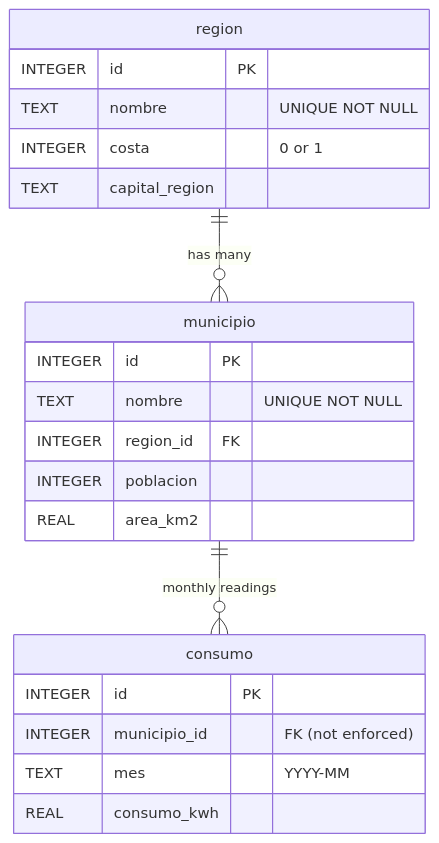
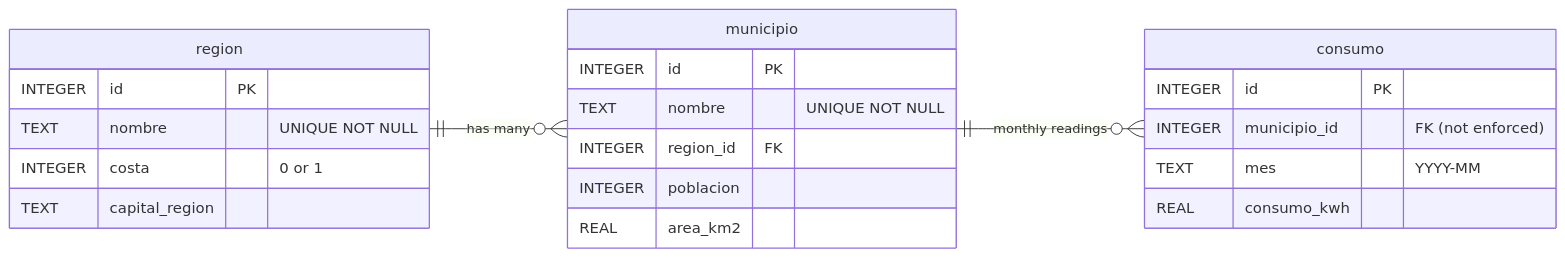
The diagram in lab08/assets/schema.md (devomh/comp3084-2026), drawn with Mermaid before and after one commit.

Commit message:
Lab 08 Schema adjustment

````diff
--- a/lab08/assets/schema.md
+++ b/lab08/assets/schema.md
@@ -8,27 +8,28 @@
 ```mermaid
 erDiagram
+    direction LR
     region {
         INTEGER id PK
         TEXT    nombre "UNIQUE NOT NULL"
         INTEGER costa "0 or 1"
         TEXT    capital_region
     }
 
     municipio {
         INTEGER id PK
         TEXT    nombre "UNIQUE NOT NULL"
         INTEGER region_id FK
         INTEGER poblacion
         REAL    area_km2
     }
 
     consumo {
         INTEGER id PK
         INTEGER municipio_id "FK (not enforced)"
         TEXT    mes "YYYY-MM"
         REAL    consumo_kwh
     }
 
     region    ||--o{ municipio  : "has many"
     municipio ||--o{ consumo    : "monthly readings"
 ```
````
